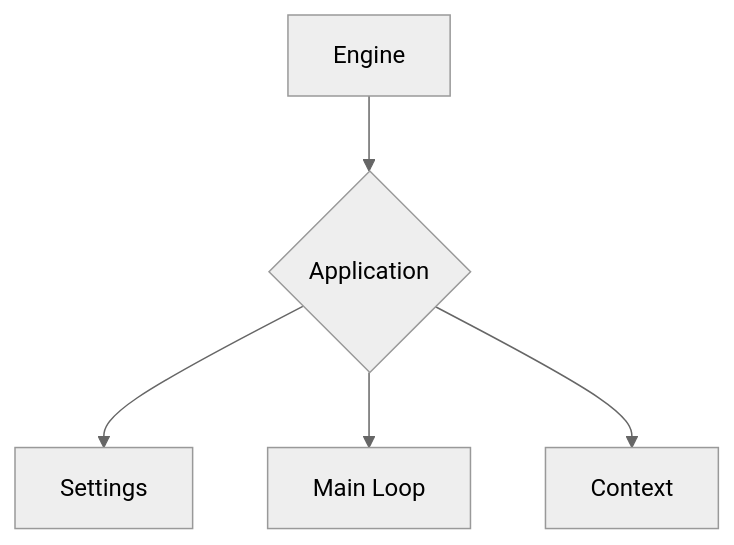
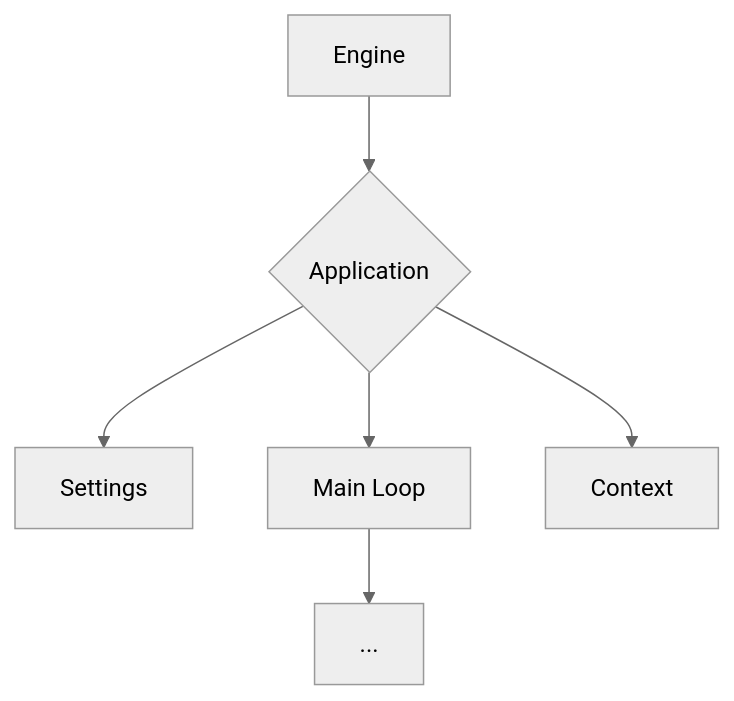
Before and after one commit to Delfi1/DEngine: the first of 4 diagrams in README.md, drawn with Mermaid (neutral theme). The commit also changed other lines of this file and 8 other files, not shown here.

````diff
--- a/README.md
+++ b/README.md
@@ -10,8 +16,10 @@
 ```mermaid
 graph TD;
     Eng[Engine];
     Eng --> App{Application};
     App --> Settings;
     App --> MainLoop[Main Loop];
     App --> Context;
+    
+    MainLoop --> ...;
 ```
````
